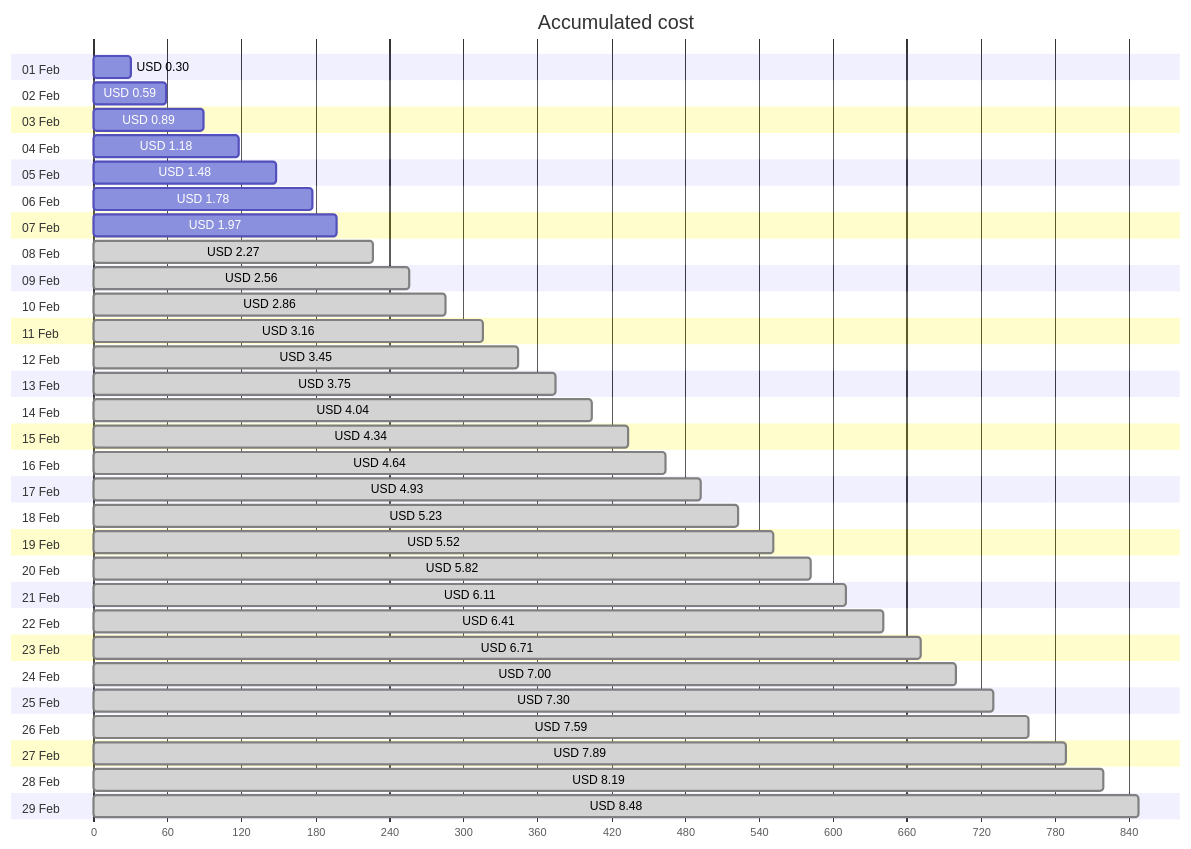
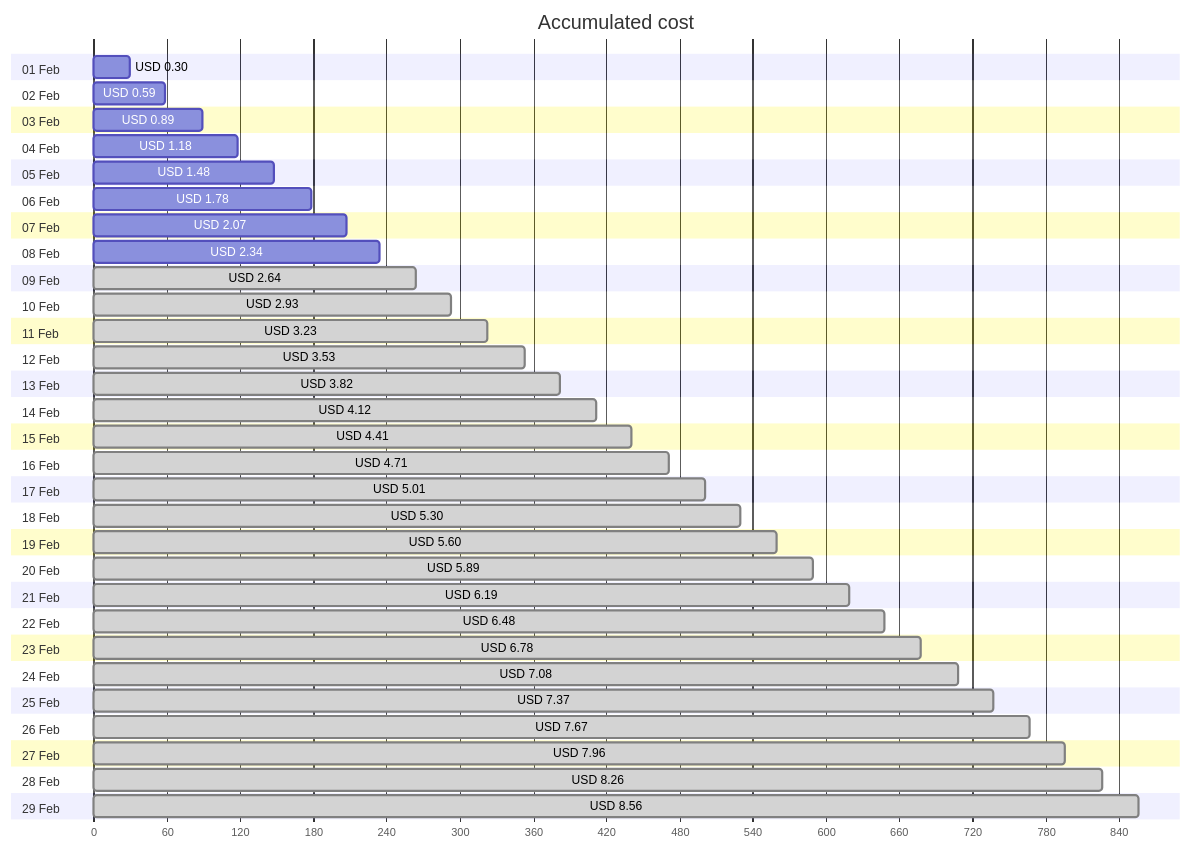
Before and after one commit to jpfulton/azure-personal-reports: the first of 4 diagrams in cost-reports/personal-site/personal-site-preview.md, drawn with Mermaid. The commit also changed other lines of this file and 6 other files, not shown here.

````diff
--- a/cost-reports/personal-site/personal-site-preview.md
+++ b/cost-reports/personal-site/personal-site-preview.md
@@ -20,64 +20,64 @@
 ```mermaid
 gantt
    title Accumulated cost
    dateFormat  X
    axisFormat %s
    section 01 Feb
    USD 0.30 :0, 30
    section 02 Feb
    USD 0.59 :0, 59
    section 03 Feb
    USD 0.89 :0, 89
    section 04 Feb
    USD 1.18 :0, 118
    section 05 Feb
    USD 1.48 :0, 148
    section 06 Feb
    USD 1.78 :0, 178
    section 07 Feb
-   USD 1.97 :0, 197
+   USD 2.07 :0, 207
    section 08 Feb
-   USD 2.27 : done, 0, 227
+   USD 2.34 :0, 234
    section 09 Feb
-   USD 2.56 : done, 0, 256
+   USD 2.64 : done, 0, 264
    section 10 Feb
-   USD 2.86 : done, 0, 286
+   USD 2.93 : done, 0, 293
    section 11 Feb
-   USD 3.16 : done, 0, 316
+   USD 3.23 : done, 0, 323
    section 12 Feb
-   USD 3.45 : done, 0, 345
+   USD 3.53 : done, 0, 353
    section 13 Feb
-   USD 3.75 : done, 0, 375
+   USD 3.82 : done, 0, 382
    section 14 Feb
-   USD 4.04 : done, 0, 404
+   USD 4.12 : done, 0, 412
    section 15 Feb
-   USD 4.34 : done, 0, 434
+   USD 4.41 : done, 0, 441
    section 16 Feb
-   USD 4.64 : done, 0, 464
+   USD 4.71 : done, 0, 471
    section 17 Feb
-   USD 4.93 : done, 0, 493
+   USD 5.01 : done, 0, 501
    section 18 Feb
-   USD 5.23 : done, 0, 523
+   USD 5.30 : done, 0, 530
    section 19 Feb
-   USD 5.52 : done, 0, 552
+   USD 5.60 : done, 0, 560
    section 20 Feb
-   USD 5.82 : done, 0, 582
+   USD 5.89 : done, 0, 589
    section 21 Feb
-   USD 6.11 : done, 0, 611
+   USD 6.19 : done, 0, 619
    section 22 Feb
-   USD 6.41 : done, 0, 641
+   USD 6.48 : done, 0, 648
    section 23 Feb
-   USD 6.71 : done, 0, 671
+   USD 6.78 : done, 0, 678
    section 24 Feb
-   USD 7.00 : done, 0, 700
+   USD 7.08 : done, 0, 708
    section 25 Feb
-   USD 7.30 : done, 0, 730
+   USD 7.37 : done, 0, 737
    section 26 Feb
-   USD 7.59 : done, 0, 759
+   USD 7.67 : done, 0, 767
    section 27 Feb
-   USD 7.89 : done, 0, 789
+   USD 7.96 : done, 0, 796
    section 28 Feb
-   USD 8.19 : done, 0, 819
+   USD 8.26 : done, 0, 826
    section 29 Feb
-   USD 8.48 : done, 0, 848
+   USD 8.56 : done, 0, 856
 ```
````
